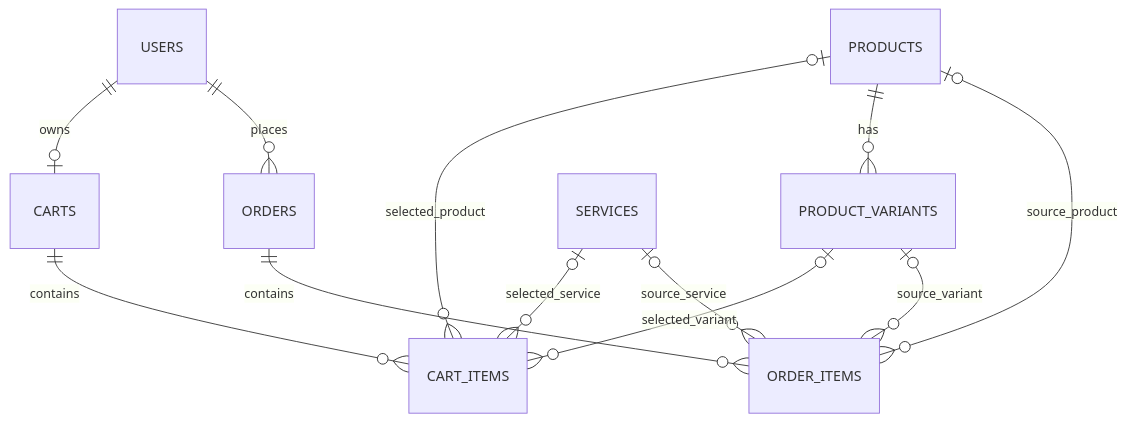
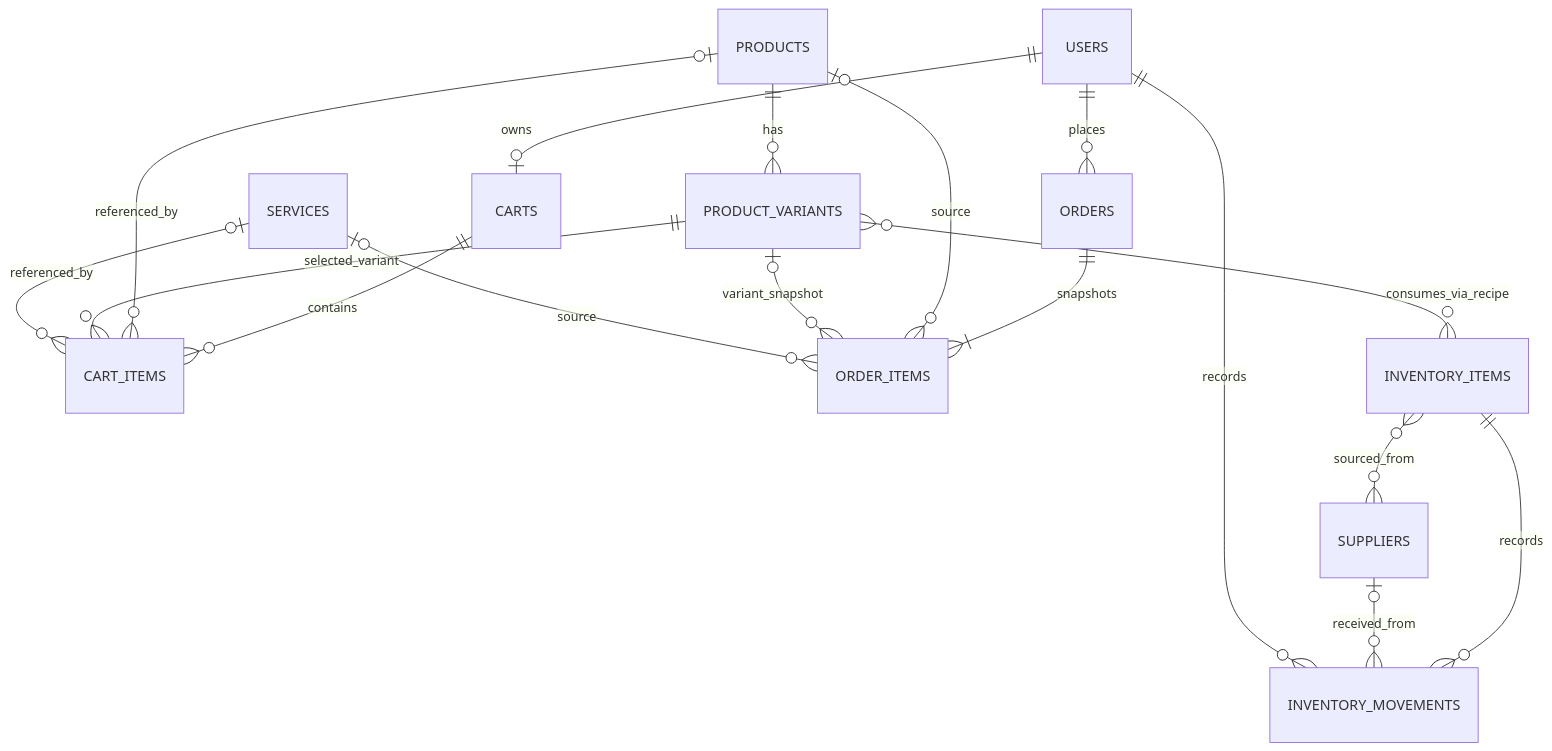
The diagram in docs/system-design.md (WELLORD-PAULAR/gzslp-ms), drawn with Mermaid before and after one commit. The commit also changed other lines of this file and 38 other files, not shown here.

````diff
--- a/docs/system-design.md
+++ b/docs/system-design.md
@@ -163,14 +159,19 @@
 ```mermaid
 erDiagram
     USERS ||--o| CARTS : owns
+    CARTS ||--o{ CART_ITEMS : contains
+    PRODUCTS ||--o{ PRODUCT_VARIANTS : has
+    PRODUCTS o|--o{ CART_ITEMS : referenced_by
+    PRODUCT_VARIANTS ||--o{ CART_ITEMS : selected_variant
+    SERVICES o|--o{ CART_ITEMS : referenced_by
     USERS ||--o{ ORDERS : places
-    CARTS ||--o{ CART_ITEMS : contains
-    PRODUCTS o|--o{ CART_ITEMS : selected_product
-    PRODUCT_VARIANTS o|--o{ CART_ITEMS : selected_variant
-    SERVICES o|--o{ CART_ITEMS : selected_service
-    PRODUCTS ||--o{ PRODUCT_VARIANTS : has
-    ORDERS ||--o{ ORDER_ITEMS : contains
-    PRODUCTS o|--o{ ORDER_ITEMS : source_product
-    PRODUCT_VARIANTS o|--o{ ORDER_ITEMS : source_variant
-    SERVICES o|--o{ ORDER_ITEMS : source_service
+    ORDERS ||--|{ ORDER_ITEMS : snapshots
+    PRODUCTS o|--o{ ORDER_ITEMS : source
+    PRODUCT_VARIANTS o|--o{ ORDER_ITEMS : variant_snapshot
+    SERVICES o|--o{ ORDER_ITEMS : source
+    INVENTORY_ITEMS }o--o{ SUPPLIERS : sourced_from
+    INVENTORY_ITEMS ||--o{ INVENTORY_MOVEMENTS : records
+    PRODUCT_VARIANTS }o--o{ INVENTORY_ITEMS : consumes_via_recipe
+    SUPPLIERS o|--o{ INVENTORY_MOVEMENTS : received_from
+    USERS ||--o{ INVENTORY_MOVEMENTS : records
 ```
````
